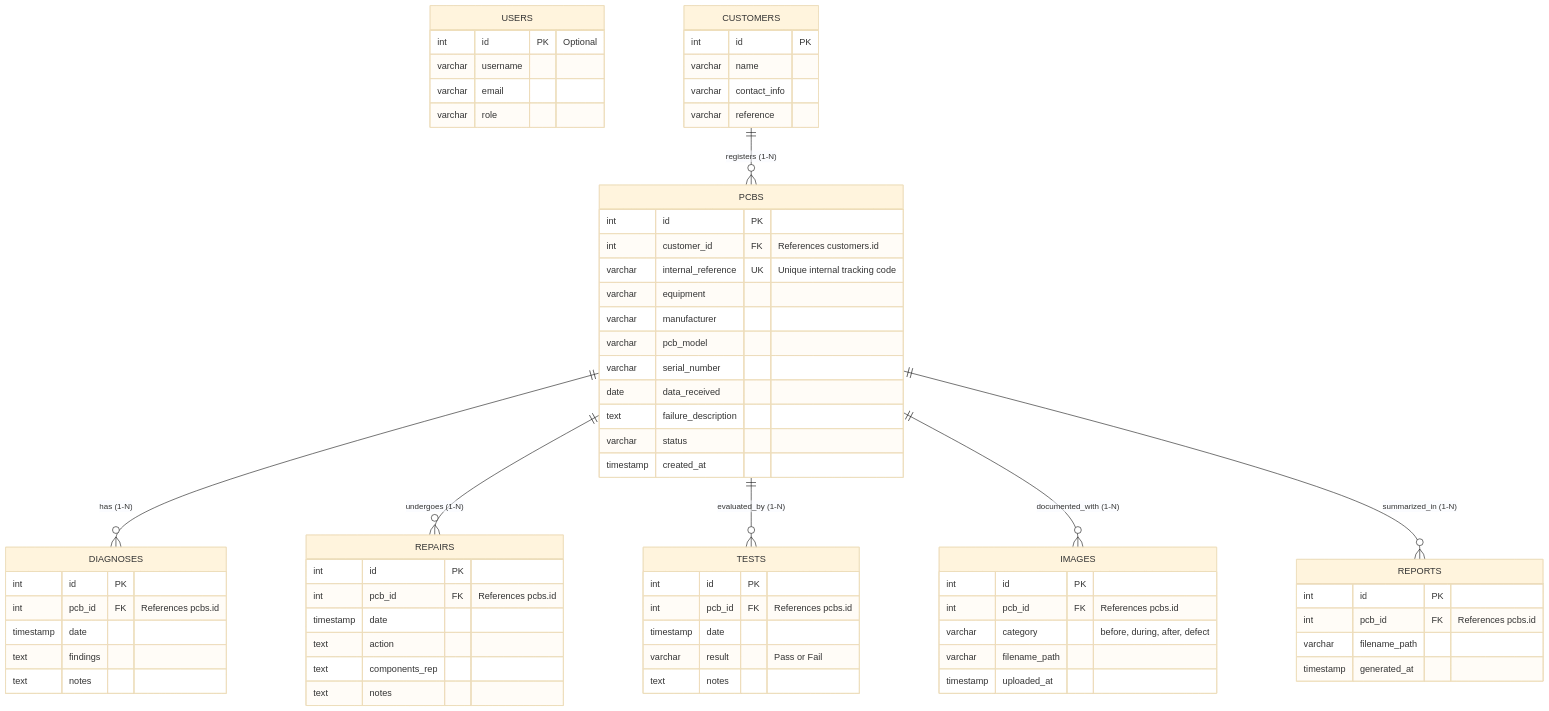
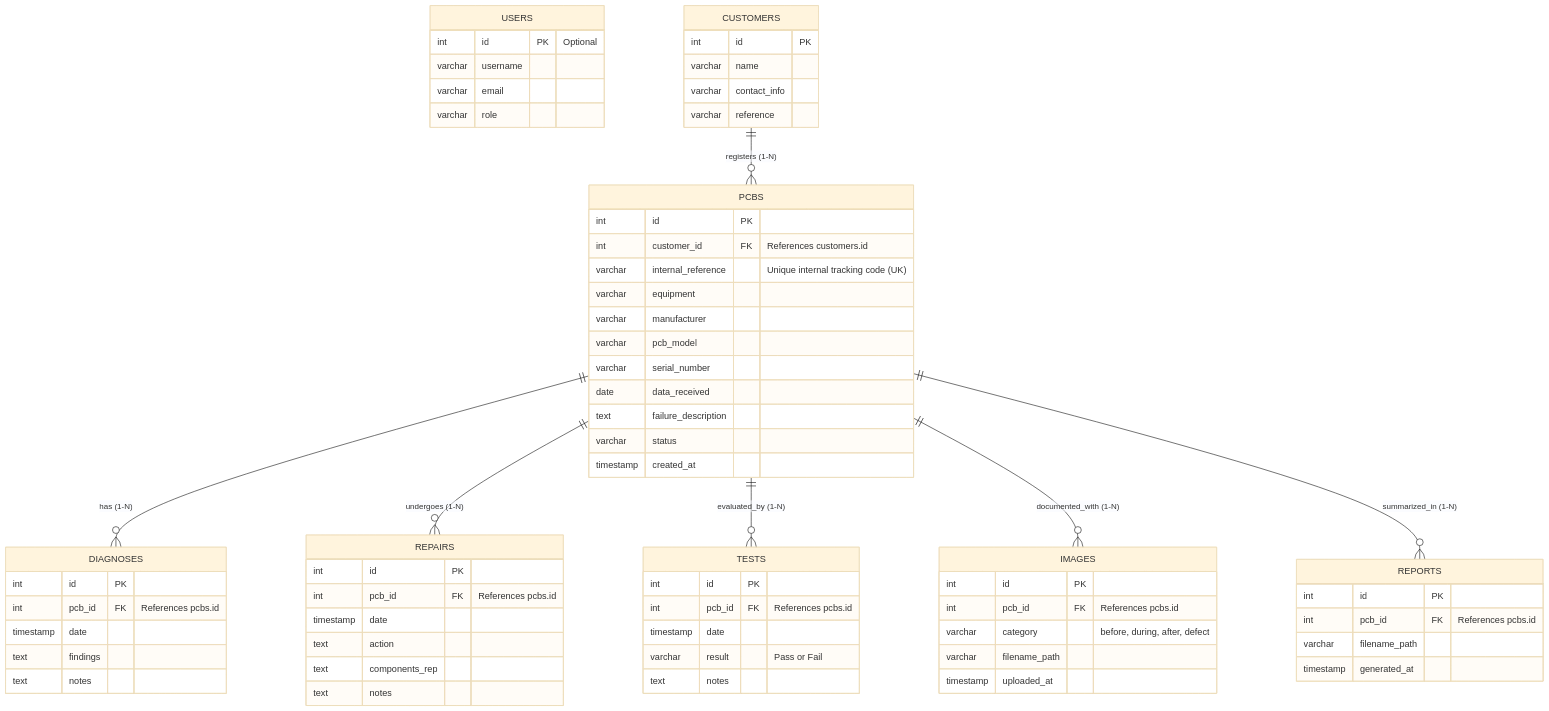
One commit to rdionisio1403/greenuppcb changed the diagram in documentation/database_schema.md. Above: the diagram before and after it, drawn with Mermaid (base theme). The commit also changed other lines of this file, not shown here.

````diff
--- a/documentation/database_schema.md
+++ b/documentation/database_schema.md
@@ -10,78 +10,77 @@
 ```mermaid
 erDiagram
     USERS {
         int id PK "Optional"
         varchar username
         varchar email
         varchar role
     }
 
     CUSTOMERS ||--o{ PCBS : "registers (1-N)"
     PCBS ||--o{ DIAGNOSES : "has (1-N)"
     PCBS ||--o{ REPAIRS : "undergoes (1-N)"
     PCBS ||--o{ TESTS : "evaluated_by (1-N)"
     PCBS ||--o{ IMAGES : "documented_with (1-N)"
     PCBS ||--o{ REPORTS : "summarized_in (1-N)"
 
     CUSTOMERS {
         int id PK
         varchar name
         varchar contact_info
         varchar reference
     }
 
     PCBS {
         int id PK
         int customer_id FK "References customers.id"
-        varchar internal_reference UK "Unique internal tracking code"
+        varchar internal_reference "Unique internal tracking code (UK)"
         varchar equipment
         varchar manufacturer
         varchar pcb_model
         varchar serial_number
         date data_received
         text failure_description
         varchar status
         timestamp created_at
     }
 
     DIAGNOSES {
         int id PK
         int pcb_id FK "References pcbs.id"
         timestamp date
         text findings
         text notes
     }
 
     REPAIRS {
         int id PK
         int pcb_id FK "References pcbs.id"
         timestamp date
         text action
         text components_rep
         text notes
     }
 
     TESTS {
         int id PK
         int pcb_id FK "References pcbs.id"
         timestamp date
         varchar result "Pass or Fail"
         text notes
     }
 
     IMAGES {
         int id PK
         int pcb_id FK "References pcbs.id"
         varchar category "before, during, after, defect"
         varchar filename_path
         timestamp uploaded_at
     }
 
     REPORTS {
         int id PK
         int pcb_id FK "References pcbs.id"
         varchar filename_path
         timestamp generated_at
     }
-
 ```
````
